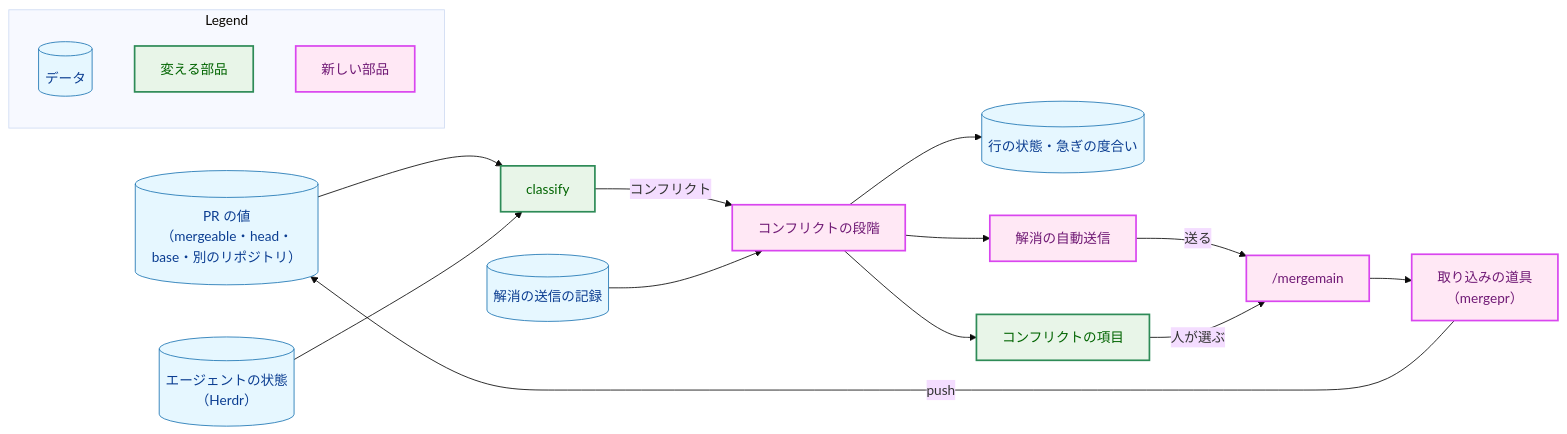
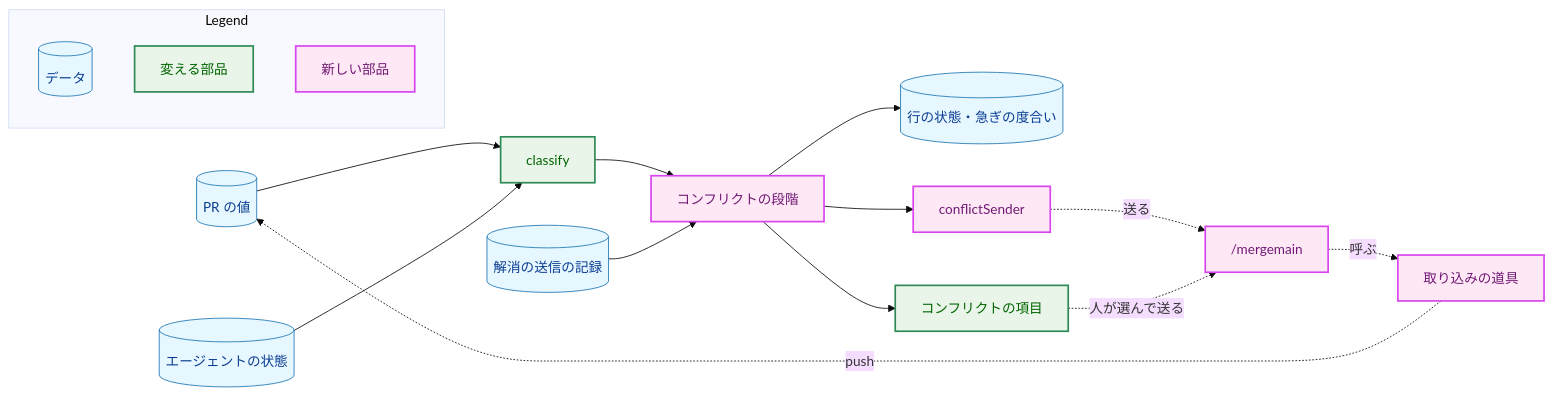
One commit to isseis/yt2column changed the first of 6 diagrams in docs/tasks/0115_chief_conflict_resolution/02_architecture.md. Above: the diagram before and after it, drawn with Mermaid (base theme). The commit also changed other lines of this file and 3 other files, not shown here.

First line of the commit message:
docs(0115): address the architecture review and prose pass

````diff
--- a/docs/tasks/0115_chief_conflict_resolution/02_architecture.md
+++ b/docs/tasks/0115_chief_conflict_resolution/02_architecture.md
@@ -111,44 +157,42 @@
 ```mermaid
 flowchart LR
     classDef data fill:#e6f7ff,stroke:#1f77b4,stroke-width:1px,color:#0b3d91;
-    classDef process fill:#fff1e6,stroke:#ff7f0e,stroke-width:1px,color:#8a3e00;
     classDef enhanced fill:#e8f5e8,stroke:#2e8b57,stroke-width:2px,color:#006400;
     classDef newpkg fill:#ffe8f5,stroke:#d946ef,stroke-width:2px,color:#701a75;
 
-    PRV[("PR の値<br>（mergeable・head・base・別のリポジトリ）")]
-    AG[("エージェントの状態<br>（Herdr）")]
+    PRV[("PR の値")]
+    AG[("エージェントの状態")]
     REC[("解消の送信の記録")]
     CLS["classify"]
     PHASE["コンフリクトの段階"]
     ROW[("行の状態・急ぎの度合い")]
-    AUTO["解消の自動送信"]
+    AUTO["conflictSender"]
     PEND["コンフリクトの項目"]
     MM["/mergemain"]
-    TOOL["取り込みの道具<br>（mergepr）"]
+    TOOL["取り込みの道具"]
 
     PRV --> CLS
     AG --> CLS
-    CLS -->|"コンフリクト"| PHASE
+    CLS --> PHASE
     REC --> PHASE
     PHASE --> ROW
     PHASE --> AUTO
     PHASE --> PEND
-    AUTO -->|"送る"| MM
-    PEND -->|"人が選ぶ"| MM
-    MM --> TOOL
-    TOOL -->|"push"| PRV
+    AUTO -.->|"送る"| MM
+    PEND -.->|"人が選んで送る"| MM
+    MM -.->|"呼ぶ"| TOOL
+    TOOL -.->|"push"| PRV
 
     class PRV,AG,REC,ROW data
     class CLS,PEND enhanced
-    class PHASE,AUTO newpkg
-    class MM,TOOL newpkg
+    class PHASE,AUTO,MM,TOOL newpkg
 
     subgraph Legend["Legend"]
         L1[("データ")]
         L2["変える部品"]
         L3["新しい部品"]
     end
     class L1 data
     class L2 enhanced
     class L3 newpkg
 ```
````
